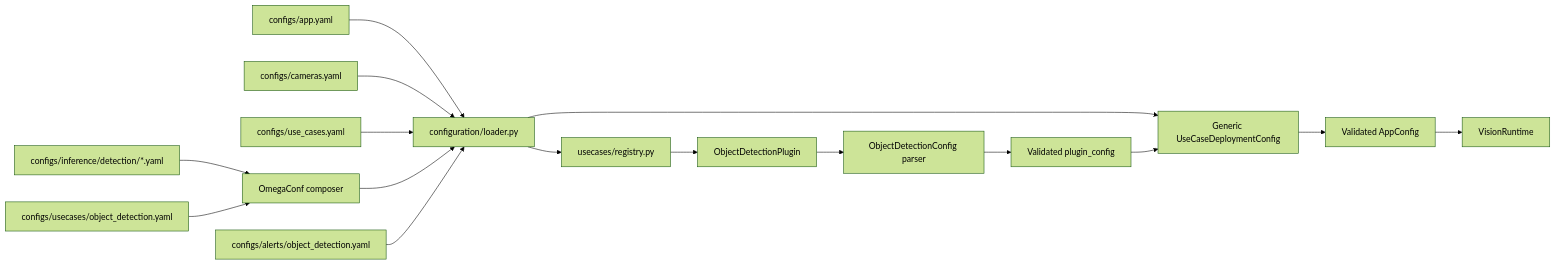
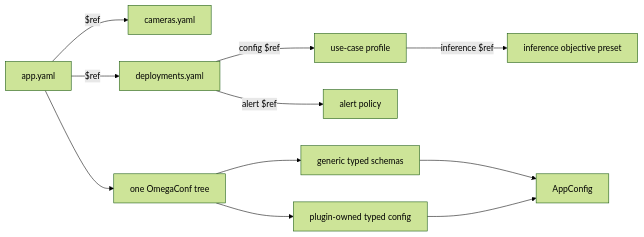
The third of 3 diagrams in README.md (ntdat02092002/vision-stream-lab), drawn with Mermaid (forest theme) before and after one commit. The commit also changed other lines of this file and 40 other files, not shown here.

Commit message:
refactor config compose

````diff
--- a/README.md
+++ b/README.md
@@ -227,18 +236,13 @@
 ```mermaid
 flowchart LR
-    APP[configs/app.yaml] --> LOADER[configuration/loader.py]
-    CAM[configs/cameras.yaml] --> LOADER
-    DEPLOY[configs/use_cases.yaml] --> LOADER
-    PRESET[configs/inference/detection/*.yaml] --> COMPOSE[OmegaConf composer]
-    UC[configs/usecases/object_detection.yaml] --> COMPOSE
-    COMPOSE --> LOADER
-    ALERT[configs/alerts/object_detection.yaml] --> LOADER
-    LOADER --> REGISTRY[usecases/registry.py]
-    REGISTRY --> PLUGIN[ObjectDetectionPlugin]
-    PLUGIN --> PARSER[ObjectDetectionConfig parser]
-    PARSER --> CONFIG[Validated plugin_config]
-    LOADER --> DEPLOYCFG[Generic UseCaseDeploymentConfig]
-    CONFIG --> DEPLOYCFG
-    DEPLOYCFG --> APPCONFIG[Validated AppConfig]
-    APPCONFIG --> RUNTIME[VisionRuntime]
+    APP[app.yaml] -->|$ref| CAM[cameras.yaml]
+    APP -->|$ref| DEPLOY[deployments.yaml]
+    DEPLOY -->|config $ref| PROFILE[use-case profile]
+    PROFILE -->|inference $ref| PRESET[inference objective preset]
+    DEPLOY -->|alert $ref| ALERT[alert policy]
+    APP --> COMPOSE[one OmegaConf tree]
+    COMPOSE --> GENERIC[generic typed schemas]
+    COMPOSE --> PLUGIN[plugin-owned typed config]
+    GENERIC --> CONFIG[AppConfig]
+    PLUGIN --> CONFIG
 ```
````
